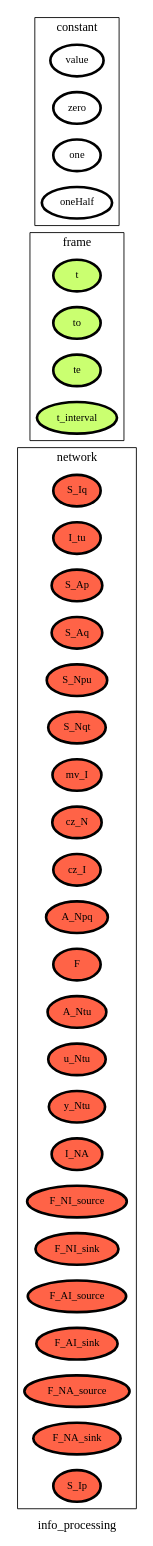
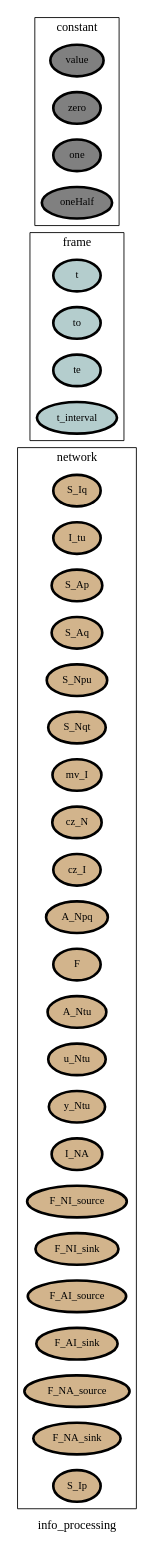
The diagram in ontology_graphs/graph__info_processing.dot (heinz-preisig/processes_000_HAP), drawn with Graphviz before and after one commit. The commit also changed 927 other files, not shown here.

```diff
--- a/ontology_graphs/graph__info_processing.dot
+++ b/ontology_graphs/graph__info_processing.dot
@@ -1,54 +1,54 @@
 digraph info_processing {
 label=info_processing;
 rankdir=LR;
 subgraph cluster_info_processing___network {
 label=network;
 rankdir=LR;
-V_10 [fillcolor=tomato, fontsize=12, label=S_Iq, penwidth=3, style=filled];
-V_11 [fillcolor=tomato, fontsize=12, label=I_tu, penwidth=3, style=filled];
-V_12 [fillcolor=tomato, fontsize=12, label=S_Ap, penwidth=3, style=filled];
-V_13 [fillcolor=tomato, fontsize=12, label=S_Aq, penwidth=3, style=filled];
-V_14 [fillcolor=tomato, fontsize=12, label=S_Npu, penwidth=3, style=filled];
-V_15 [fillcolor=tomato, fontsize=12, label=S_Nqt, penwidth=3, style=filled];
-V_16 [fillcolor=tomato, fontsize=12, label=mv_I, penwidth=3, style=filled];
-V_17 [fillcolor=tomato, fontsize=12, label=cz_N, penwidth=3, style=filled];
-V_18 [fillcolor=tomato, fontsize=12, label=cz_I, penwidth=3, style=filled];
-V_19 [fillcolor=tomato, fontsize=12, label=A_Npq, penwidth=3, style=filled];
-V_2 [fillcolor=tomato, fontsize=12, label=F, penwidth=3, style=filled];
-V_20 [fillcolor=tomato, fontsize=12, label=A_Ntu, penwidth=3, style=filled];
-V_21 [fillcolor=tomato, fontsize=12, label=u_Ntu, penwidth=3, style=filled];
-V_22 [fillcolor=tomato, fontsize=12, label=y_Ntu, penwidth=3, style=filled];
-V_27 [fillcolor=tomato, fontsize=12, label=I_NA, penwidth=3, style=filled];
-V_3 [fillcolor=tomato, fontsize=12, label=F_NI_source, penwidth=3, style=filled];
-V_4 [fillcolor=tomato, fontsize=12, label=F_NI_sink, penwidth=3, style=filled];
-V_5 [fillcolor=tomato, fontsize=12, label=F_AI_source, penwidth=3, style=filled];
-V_6 [fillcolor=tomato, fontsize=12, label=F_AI_sink, penwidth=3, style=filled];
-V_7 [fillcolor=tomato, fontsize=12, label=F_NA_source, penwidth=3, style=filled];
-V_8 [fillcolor=tomato, fontsize=12, label=F_NA_sink, penwidth=3, style=filled];
-V_9 [fillcolor=tomato, fontsize=12, label=S_Ip, penwidth=3, style=filled];
+V_10 [fillcolor=tan, fontsize=12, label=S_Iq, penwidth=3, style=filled];
+V_11 [fillcolor=tan, fontsize=12, label=I_tu, penwidth=3, style=filled];
+V_12 [fillcolor=tan, fontsize=12, label=S_Ap, penwidth=3, style=filled];
+V_13 [fillcolor=tan, fontsize=12, label=S_Aq, penwidth=3, style=filled];
+V_14 [fillcolor=tan, fontsize=12, label=S_Npu, penwidth=3, style=filled];
+V_15 [fillcolor=tan, fontsize=12, label=S_Nqt, penwidth=3, style=filled];
+V_16 [fillcolor=tan, fontsize=12, label=mv_I, penwidth=3, style=filled];
+V_17 [fillcolor=tan, fontsize=12, label=cz_N, penwidth=3, style=filled];
+V_18 [fillcolor=tan, fontsize=12, label=cz_I, penwidth=3, style=filled];
+V_19 [fillcolor=tan, fontsize=12, label=A_Npq, penwidth=3, style=filled];
+V_2 [fillcolor=tan, fontsize=12, label=F, penwidth=3, style=filled];
+V_20 [fillcolor=tan, fontsize=12, label=A_Ntu, penwidth=3, style=filled];
+V_21 [fillcolor=tan, fontsize=12, label=u_Ntu, penwidth=3, style=filled];
+V_22 [fillcolor=tan, fontsize=12, label=y_Ntu, penwidth=3, style=filled];
+V_27 [fillcolor=tan, fontsize=12, label=I_NA, penwidth=3, style=filled];
+V_3 [fillcolor=tan, fontsize=12, label=F_NI_source, penwidth=3, style=filled];
+V_4 [fillcolor=tan, fontsize=12, label=F_NI_sink, penwidth=3, style=filled];
+V_5 [fillcolor=tan, fontsize=12, label=F_AI_source, penwidth=3, style=filled];
+V_6 [fillcolor=tan, fontsize=12, label=F_AI_sink, penwidth=3, style=filled];
+V_7 [fillcolor=tan, fontsize=12, label=F_NA_source, penwidth=3, style=filled];
+V_8 [fillcolor=tan, fontsize=12, label=F_NA_sink, penwidth=3, style=filled];
+V_9 [fillcolor=tan, fontsize=12, label=S_Ip, penwidth=3, style=filled];
 }
 
 subgraph cluster_info_processing___frame {
 label=frame;
 rankdir=LR;
-V_1 [fillcolor=darkolivegreen1, fontsize=12, label=t, penwidth=3, style=filled];
-V_105 [fillcolor=darkolivegreen1, fontsize=12, label=to, penwidth=3, style=filled];
-V_106 [fillcolor=darkolivegreen1, fontsize=12, label=te, penwidth=3, style=filled];
-V_107 [fillcolor=darkolivegreen1, fontsize=12, label=t_interval, penwidth=3, style=filled];
+V_1 [fillcolor=lightcyan3, fontsize=12, label=t, penwidth=3, style=filled];
+V_105 [fillcolor=lightcyan3, fontsize=12, label=to, penwidth=3, style=filled];
+V_106 [fillcolor=lightcyan3, fontsize=12, label=te, penwidth=3, style=filled];
+V_107 [fillcolor=lightcyan3, fontsize=12, label=t_interval, penwidth=3, style=filled];
 }
 
 subgraph cluster_info_processing___state {
 label=state;
 rankdir=LR;
 }
 
 subgraph cluster_info_processing___constant {
 label=constant;
 rankdir=LR;
-V_101 [fillcolor=white, fontsize=12, label=value, penwidth=3, style=filled];
-V_102 [fillcolor=white, fontsize=12, label=zero, penwidth=3, style=filled];
-V_103 [fillcolor=white, fontsize=12, label=one, penwidth=3, style=filled];
-V_104 [fillcolor=white, fontsize=12, label=oneHalf, penwidth=3, style=filled];
+V_101 [fillcolor=grey, fontsize=12, label=value, penwidth=3, style=filled];
+V_102 [fillcolor=grey, fontsize=12, label=zero, penwidth=3, style=filled];
+V_103 [fillcolor=grey, fontsize=12, label=one, penwidth=3, style=filled];
+V_104 [fillcolor=grey, fontsize=12, label=oneHalf, penwidth=3, style=filled];
 }
 
 }
```
